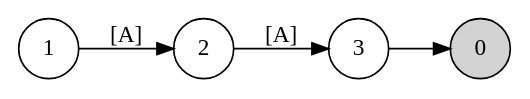
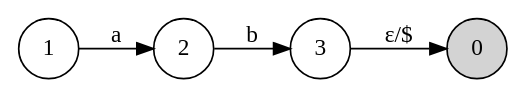
The diagram in doc/dot/classcat.dot (rdentato/yrx), drawn with Graphviz before and after one commit. The commit also changed 8 other files, not shown here.

```diff
--- a/doc/dot/classcat.dot
+++ b/doc/dot/classcat.dot
@@ -1,8 +1,8 @@
 digraph finite_state_machine {
         rankdir=LR;
         node [shape = circle];
         0 [  style= filled, label = "0"] ;
-        1 -> 2 [ label = "[A]" ] ;
-        2 -> 3 [ label = "[A]" ] ;
-        3 -> 0 [ label = "" ] ;
+        1 -> 2 [ label = "a" ] ;
+        2 -> 3 [ label = "b" ] ;
+        3 -> 0 [ label = "&epsilon;/$" ] ;
 }
```
